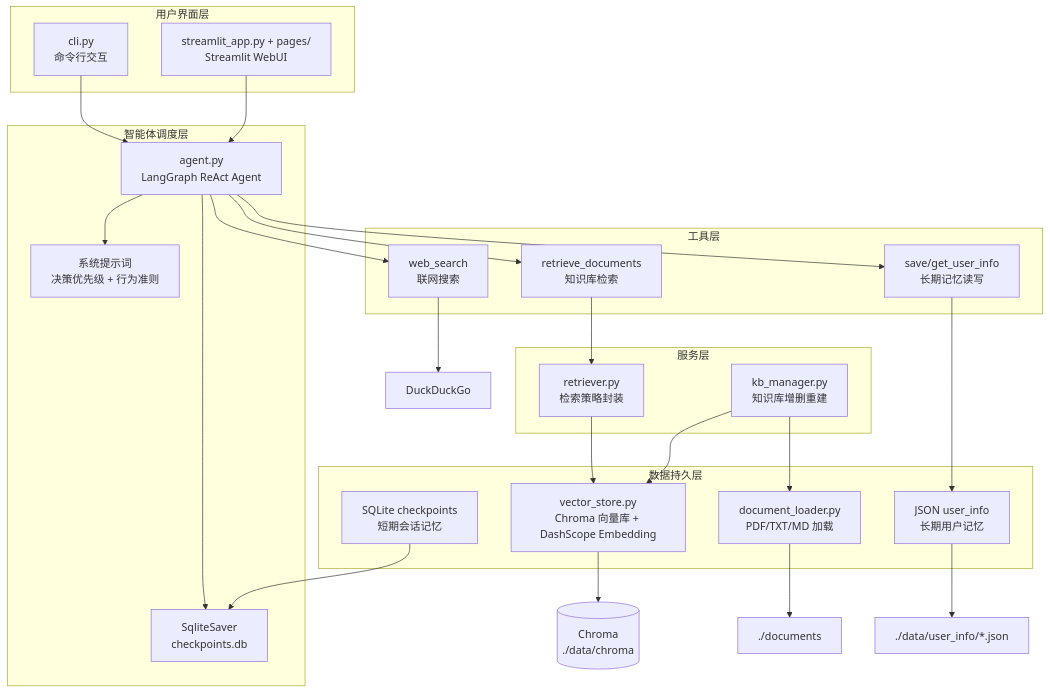
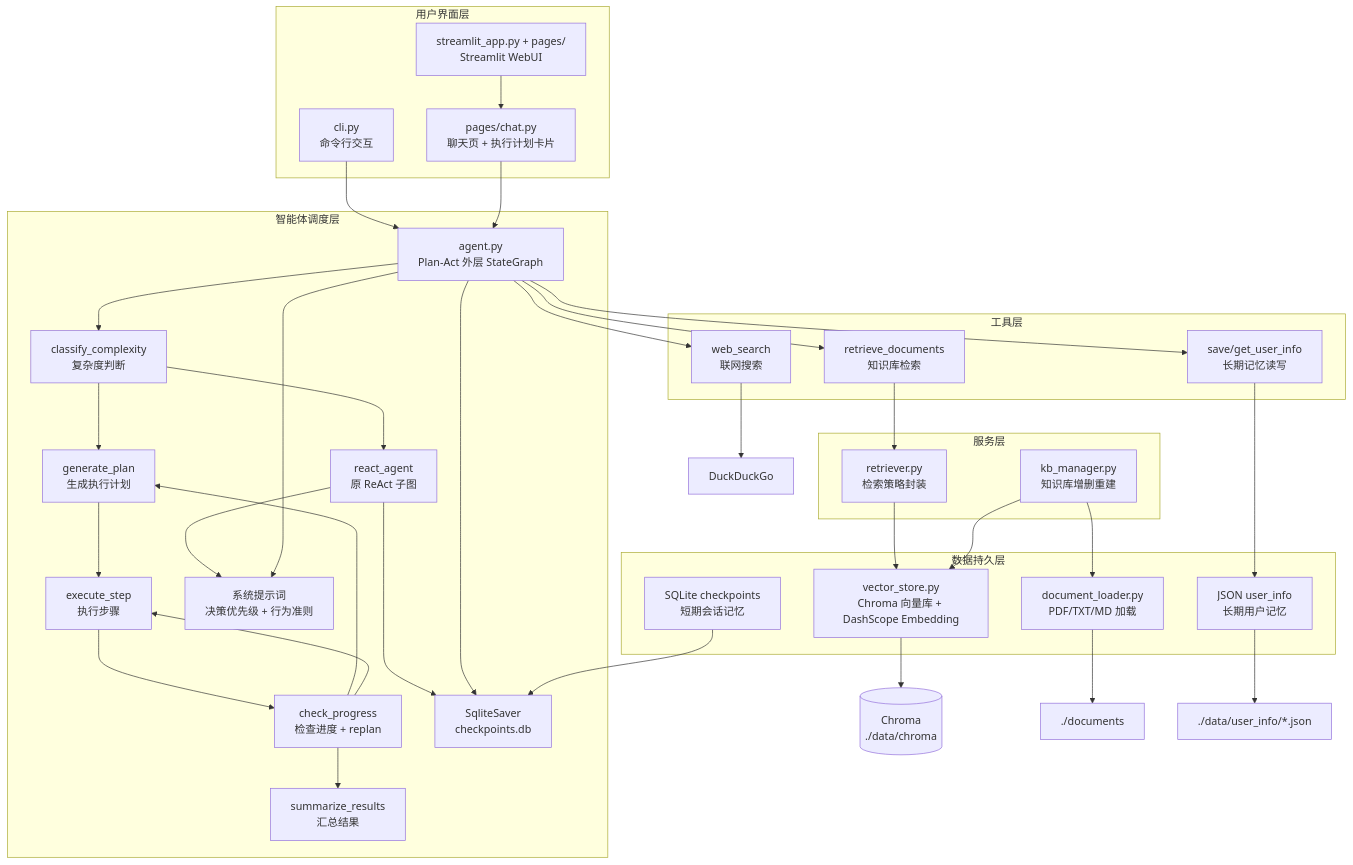
One commit to YZhiyou/3-Day-Agent changed the diagram in code-readme.md. Above: the diagram before and after it, drawn with Mermaid. The commit also changed other lines of this file and 7 other files, not shown here.

````diff
--- a/code-readme.md
+++ b/code-readme.md
@@ -453,52 +535,70 @@
 ```mermaid
 graph TB
     subgraph UI["用户界面层"]
         CLI["cli.py<br/>命令行交互"]
         WEB["streamlit_app.py + pages/<br/>Streamlit WebUI"]
+        CHAT["pages/chat.py<br/>聊天页 + 执行计划卡片"]
     end
 
     subgraph AGENT["智能体调度层"]
-        AGENT_CORE["agent.py<br/>LangGraph ReAct Agent"]
+        AGENT_CORE["agent.py<br/>Plan-Act 外层 StateGraph"]
+        CLASSIFY["classify_complexity<br/>复杂度判断"]
+        REACT["react_agent<br/>原 ReAct 子图"]
+        GEN_PLAN["generate_plan<br/>生成执行计划"]
+        EXEC_STEP["execute_step<br/>执行步骤"]
+        CHECK_PROG["check_progress<br/>检查进度 + replan"]
+        SUMMARIZE["summarize_results<br/>汇总结果"]
         SYS_PROMPT["系统提示词<br/>决策优先级 + 行为准则"]
         CHECKPOINTER["SqliteSaver<br/>checkpoints.db"]
     end
 
     subgraph TOOLS["工具层"]
         RETRIEVE_DOC["retrieve_documents<br/>知识库检索"]
         USER_INFO["save/get_user_info<br/>长期记忆读写"]
         WEB_SEARCH["web_search<br/>联网搜索"]
     end
 
     subgraph SERVICE["服务层"]
         RETRIEVER["retriever.py<br/>检索策略封装"]
         KB_MGR["kb_manager.py<br/>知识库增删重建"]
     end
 
     subgraph DATA["数据持久层"]
         VECTOR["vector_store.py<br/>Chroma 向量库 + DashScope Embedding"]
         DOC_LOADER["document_loader.py<br/>PDF/TXT/MD 加载"]
         MEM_SHORT["SQLite checkpoints<br/>短期会话记忆"]
         MEM_LONG["JSON user_info<br/>长期用户记忆"]
     end
 
     CLI --> AGENT_CORE
-    WEB --> AGENT_CORE
+    WEB --> CHAT
+    CHAT --> AGENT_CORE
+    AGENT_CORE --> CLASSIFY
+    CLASSIFY --> REACT
+    CLASSIFY --> GEN_PLAN
+    GEN_PLAN --> EXEC_STEP
+    EXEC_STEP --> CHECK_PROG
+    CHECK_PROG --> GEN_PLAN
+    CHECK_PROG --> EXEC_STEP
+    CHECK_PROG --> SUMMARIZE
+    REACT --> SYS_PROMPT
+    REACT --> CHECKPOINTER
     AGENT_CORE --> SYS_PROMPT
     AGENT_CORE --> CHECKPOINTER
     AGENT_CORE --> RETRIEVE_DOC
     AGENT_CORE --> USER_INFO
     AGENT_CORE --> WEB_SEARCH
 
     RETRIEVE_DOC --> RETRIEVER
     USER_INFO --> MEM_LONG
     WEB_SEARCH --> DUCK["DuckDuckGo"]
 
     RETRIEVER --> VECTOR
     KB_MGR --> VECTOR
     KB_MGR --> DOC_LOADER
 
     VECTOR --> CHROMA[("Chroma<br/>./data/chroma")]
     DOC_LOADER --> DOCS["./documents"]
     MEM_SHORT --> CHECKPOINTER
     MEM_LONG --> USER_FILES["./data/user_info/*.json"]
 ```
````
